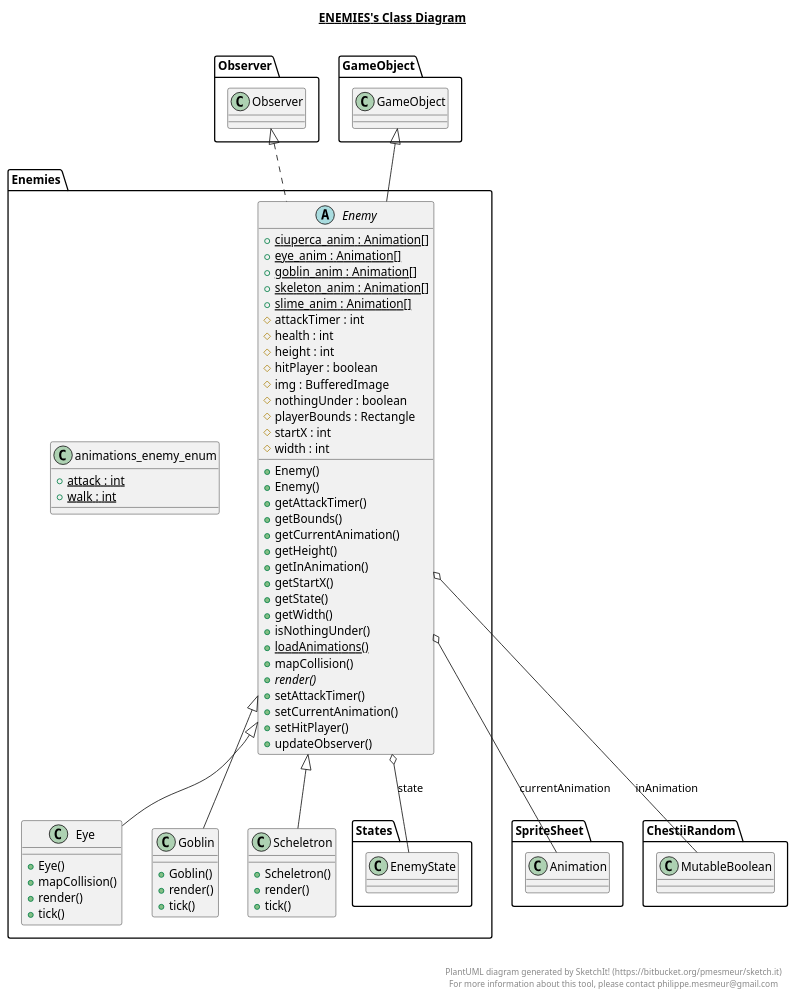
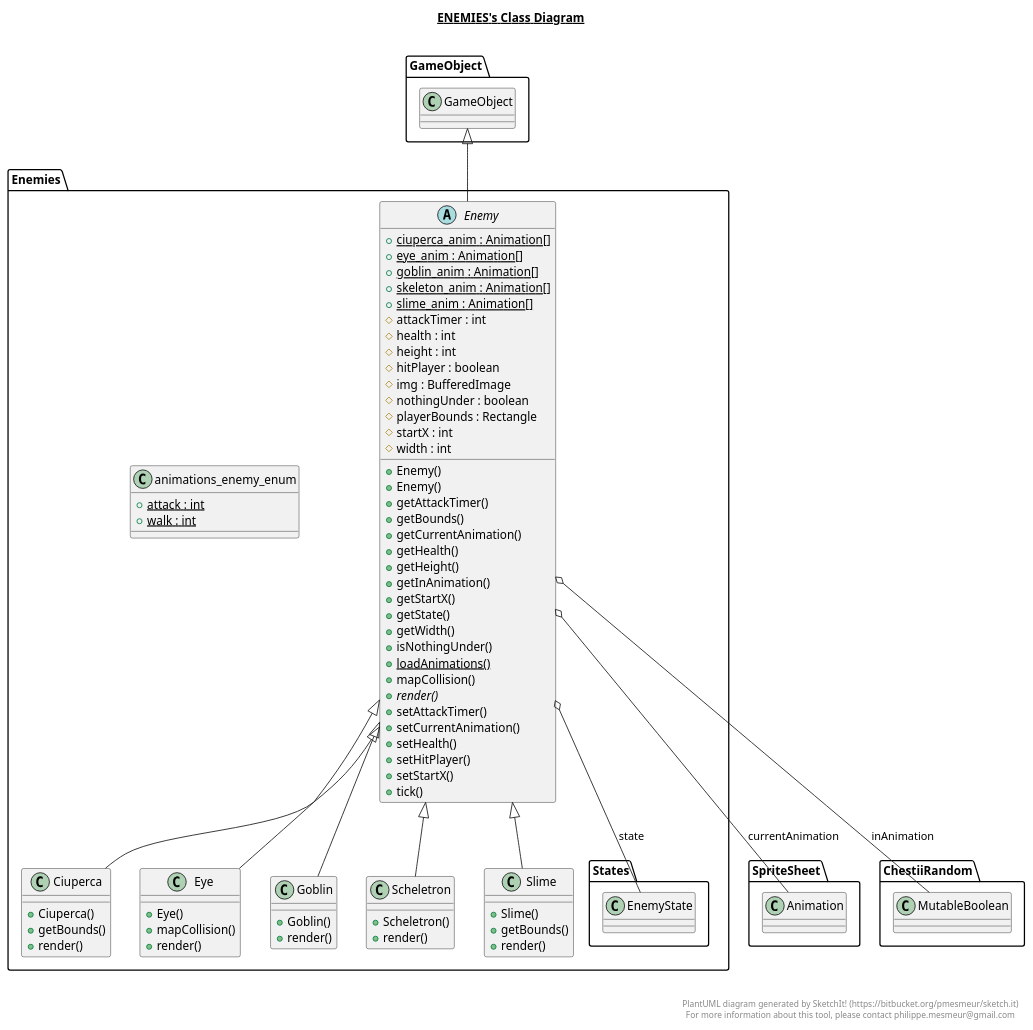
One commit to IulianMurariu-Tanasache/ProiectPAOO_FirstDungeon changed the diagram in src/Enemies/Enemies.plantuml. Above: the diagram before and after it, drawn with PlantUML. The commit also changed 186 other files, not shown here.

```diff
--- a/src/Enemies/Enemies.plantuml
+++ b/src/Enemies/Enemies.plantuml
@@ -1,96 +1,115 @@
 @startuml
 
 title __ENEMIES's Class Diagram__\n
+
+  namespace Enemies {
+    class Enemies.Ciuperca {
+        + Ciuperca()
+        + getBounds()
+        + render()
+    }
+  }
+  
 
   namespace Enemies {
     abstract class Enemies.Enemy {
         {static} + ciuperca_anim : Animation[]
         {static} + eye_anim : Animation[]
         {static} + goblin_anim : Animation[]
         {static} + skeleton_anim : Animation[]
         {static} + slime_anim : Animation[]
         # attackTimer : int
         # health : int
         # height : int
         # hitPlayer : boolean
         # img : BufferedImage
         # nothingUnder : boolean
         # playerBounds : Rectangle
         # startX : int
         # width : int
         + Enemy()
         + Enemy()
         + getAttackTimer()
         + getBounds()
         + getCurrentAnimation()
+        + getHealth()
         + getHeight()
         + getInAnimation()
         + getStartX()
         + getState()
         + getWidth()
         + isNothingUnder()
         {static} + loadAnimations()
         + mapCollision()
         {abstract} + render()
         + setAttackTimer()
         + setCurrentAnimation()
+        + setHealth()
         + setHitPlayer()
-        + updateObserver()
+        + setStartX()
+        + tick()
     }
   }
   
 
   namespace Enemies {
     class Enemies.Eye {
         + Eye()
         + mapCollision()
         + render()
-        + tick()
     }
   }
   
 
   namespace Enemies {
     class Enemies.Goblin {
         + Goblin()
         + render()
-        + tick()
     }
   }
   
 
   namespace Enemies {
     class Enemies.Scheletron {
         + Scheletron()
         + render()
-        + tick()
+    }
+  }
+  
+
+  namespace Enemies {
+    class Enemies.Slime {
+        + Slime()
+        + getBounds()
+        + render()
     }
   }
   
 
   namespace Enemies {
     class Enemies.animations_enemy_enum {
         {static} + attack : int
         {static} + walk : int
     }
   }
   
 
-  Enemies.Enemy .up.|> Observer.Observer
+  Enemies.Ciuperca -up-|> Enemies.Enemy
   Enemies.Enemy -up-|> GameObject.GameObject
   Enemies.Enemy o-- SpriteSheet.Animation : currentAnimation
   Enemies.Enemy o-- ChestiiRandom.MutableBoolean : inAnimation
   Enemies.Enemy o-- Enemies.States.EnemyState : state
   Enemies.Eye -up-|> Enemies.Enemy
   Enemies.Goblin -up-|> Enemies.Enemy
   Enemies.Scheletron -up-|> Enemies.Enemy
+  Enemies.Slime -up-|> Enemies.Enemy
 
 
 right footer
 
 
 PlantUML diagram generated by SketchIt! (https://bitbucket.org/pmesmeur/sketch.it)
 For more information about this tool, please contact philippe.mesmeur@gmail.com
 endfooter
 
 @enduml
```
